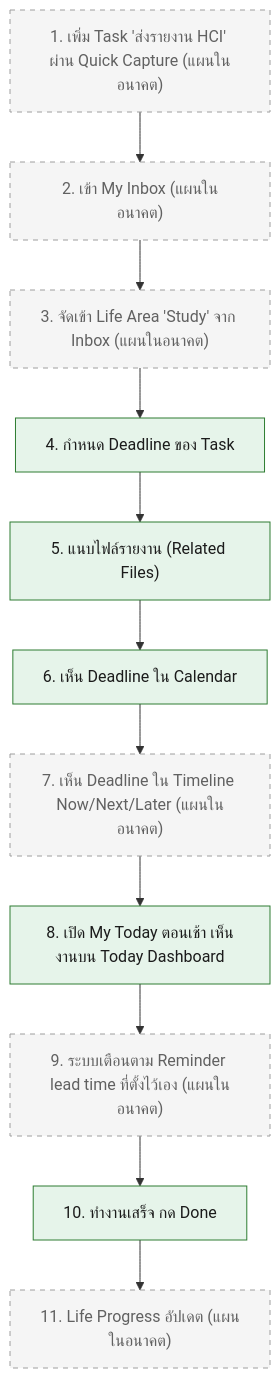
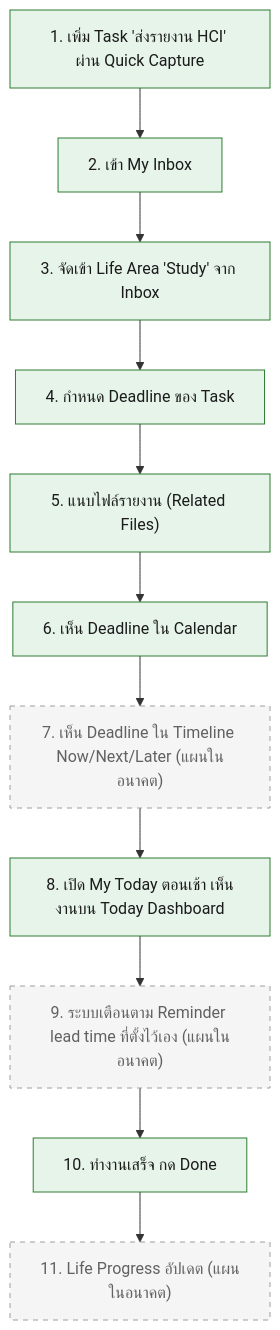
Before and after one commit to sirikorn-cmru/My-Today-Project: the diagram in .docs/02-design/01-prototypes/user-journey-student.md, drawn with Mermaid. The commit also changed other lines of this file and 3 other files, not shown here.

````diff
--- a/.docs/02-design/01-prototypes/user-journey-student.md
+++ b/.docs/02-design/01-prototypes/user-journey-student.md
@@ -17,19 +17,19 @@
 ```mermaid
 flowchart TD
-    A1["1. เพิ่ม Task 'ส่งรายงาน HCI' ผ่าน Quick Capture (แผนในอนาคต)"]:::planned
-    A2["2. เข้า My Inbox (แผนในอนาคต)"]:::planned
-    A3["3. จัดเข้า Life Area 'Study' จาก Inbox (แผนในอนาคต)"]:::planned
+    A1["1. เพิ่ม Task 'ส่งรายงาน HCI' ผ่าน Quick Capture"]:::done
+    A2["2. เข้า My Inbox"]:::done
+    A3["3. จัดเข้า Life Area 'Study' จาก Inbox"]:::done
     A4["4. กำหนด Deadline ของ Task"]:::done
     A5["5. แนบไฟล์รายงาน (Related Files)"]:::done
     A6["6. เห็น Deadline ใน Calendar"]:::done
     A7["7. เห็น Deadline ใน Timeline Now/Next/Later (แผนในอนาคต)"]:::planned
     A8["8. เปิด My Today ตอนเช้า เห็นงานบน Today Dashboard"]:::done
     A9["9. ระบบเตือนตาม Reminder lead time ที่ตั้งไว้เอง (แผนในอนาคต)"]:::planned
     A10["10. ทำงานเสร็จ กด Done"]:::done
     A11["11. Life Progress อัปเดต (แผนในอนาคต)"]:::planned
 
     A1 --> A2 --> A3 --> A4 --> A5 --> A6 --> A7 --> A8 --> A9 --> A10 --> A11
 
     classDef done fill:#e6f4ea,stroke:#2e7d32,stroke-width:1px,color:#1b1b1b;
     classDef planned fill:#f5f5f5,stroke:#9e9e9e,stroke-width:1px,stroke-dasharray:5 5,color:#616161;
 ```
````
